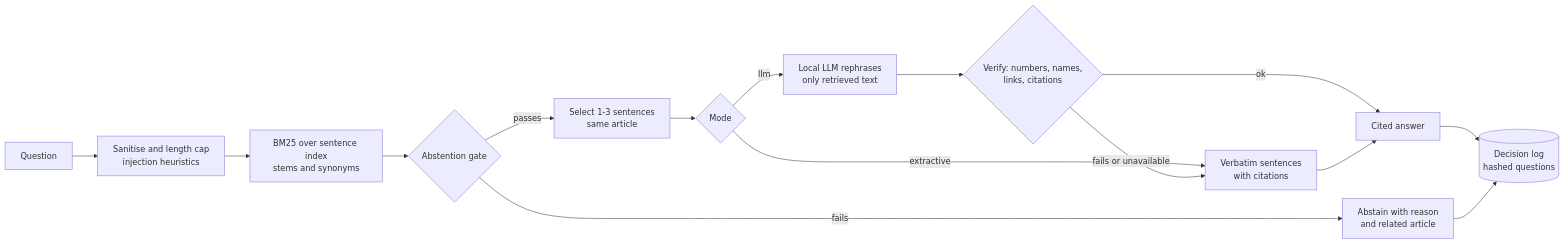
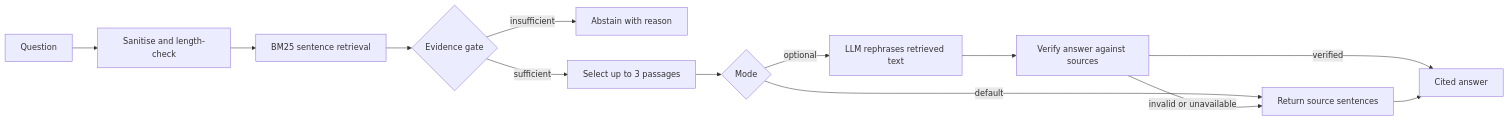
Before and after one commit to vinothkr-hub/hcl-fde-casestudy: the diagram in SOLUTION_DESIGN.md, drawn with Mermaid. The commit also changed other lines of this file and 2 other files, not shown here.

````diff
--- a/SOLUTION_DESIGN.md
+++ b/SOLUTION_DESIGN.md
@@ -26,17 +18,15 @@
 ```mermaid
 flowchart LR
-    Q[Question] --> S[Sanitise and length cap<br/>injection heuristics]
-    S --> R[BM25 over sentence index<br/>stems and synonyms]
-    R --> G{Abstention gate}
-    G -- fails --> A[Abstain with reason<br/>and related article]
-    G -- passes --> W[Select 1-3 sentences<br/>same article]
-    W --> M{Mode}
-    M -- extractive --> E[Verbatim sentences<br/>with citations]
-    M -- llm --> L[Local LLM rephrases<br/>only retrieved text]
-    L --> V{Verify: numbers, names,<br/>links, citations}
-    V -- ok --> O[Cited answer]
-    V -- fails or unavailable --> E
+    Q[Question] --> S[Sanitise and length-check]
+    S --> R[BM25 sentence retrieval]
+    R --> G{Evidence gate}
+    G -- insufficient --> A[Abstain with reason]
+    G -- sufficient --> P[Select up to 3 passages]
+    P --> M{Mode}
+    M -- default --> E[Return source sentences]
+    M -- optional --> L[LLM rephrases retrieved text]
+    L --> V[Verify answer against sources]
+    V -- verified --> O[Cited answer]
+    V -- invalid or unavailable --> E
     E --> O
-    O --> LOG[(Decision log<br/>hashed questions)]
-    A --> LOG
 ```
````
